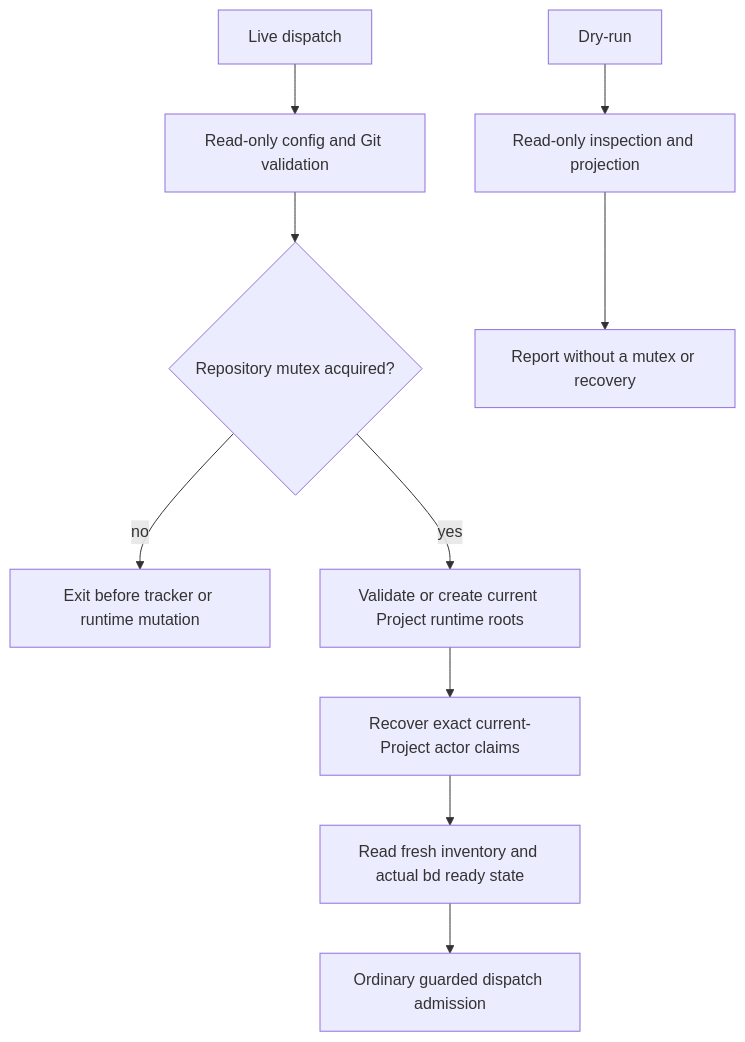
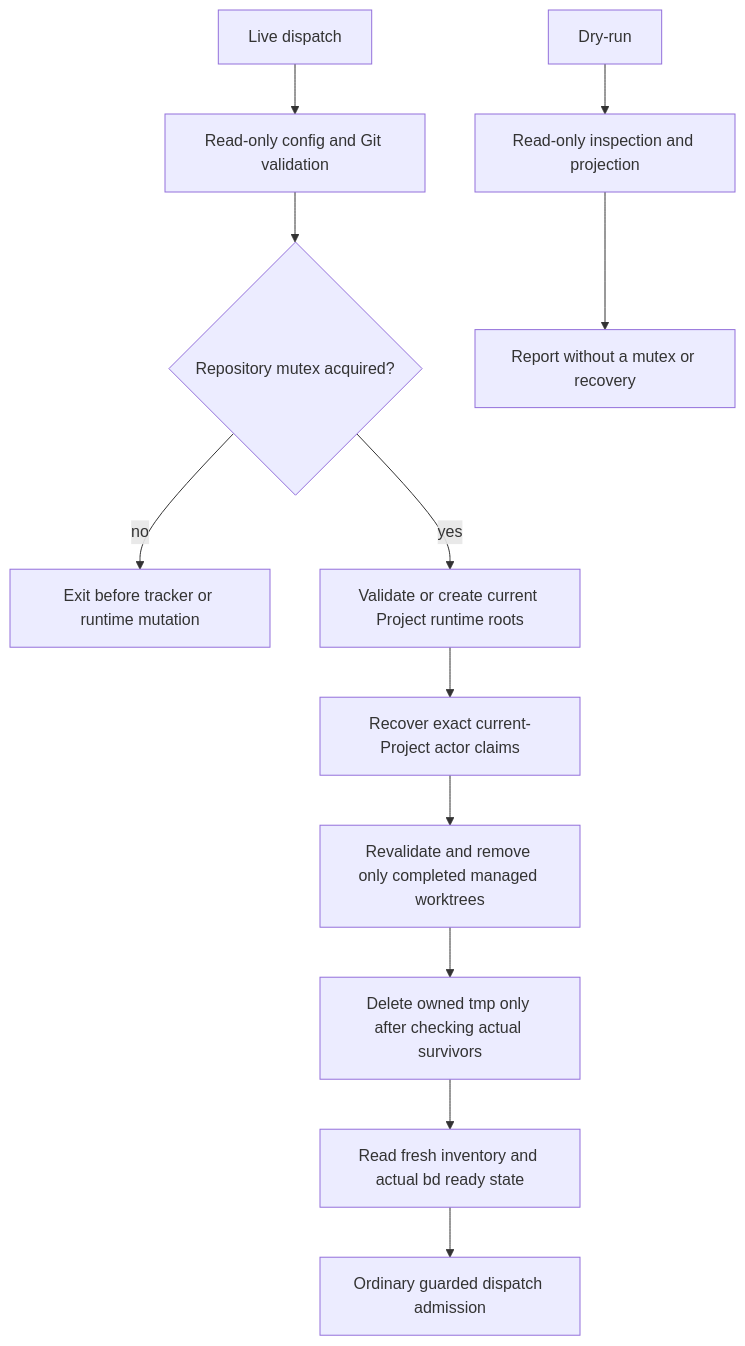
Before and after one commit to mgasparel/nightweaver: the third of 3 diagrams in SPEC.md, drawn with Mermaid. The commit also changed other lines of this file and 21 other files, not shown here.

````diff
--- a/SPEC.md
+++ b/SPEC.md
@@ -211,12 +213,14 @@
 ```mermaid
 flowchart TD
     Dispatch[Live dispatch] --> Validate[Read-only config and Git validation]
     Validate --> Mutex{Repository mutex acquired?}
     Mutex -- no --> Loser[Exit before tracker or runtime mutation]
     Mutex -- yes --> Roots[Validate or create current Project runtime roots]
     Roots --> Recovery[Recover exact current-Project actor claims]
-    Recovery --> Actual[Read fresh inventory and actual bd ready state]
+    Recovery --> Sweep[Revalidate and remove only completed managed worktrees]
+    Sweep --> Tmp[Delete owned tmp only after checking actual survivors]
+    Tmp --> Actual[Read fresh inventory and actual bd ready state]
     Actual --> Admit[Ordinary guarded dispatch admission]
     DryRun[Dry-run] --> Inspect[Read-only inspection and projection]
     Inspect --> Report[Report without a mutex or recovery]
 ```
````
